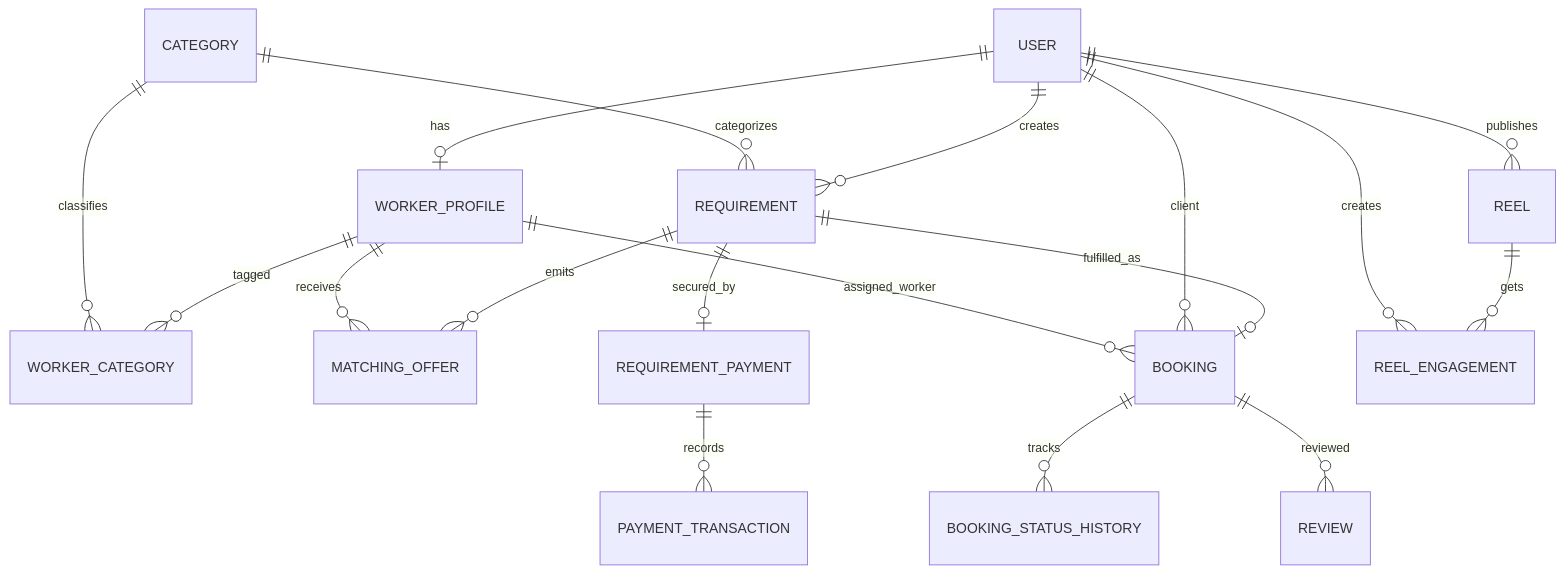
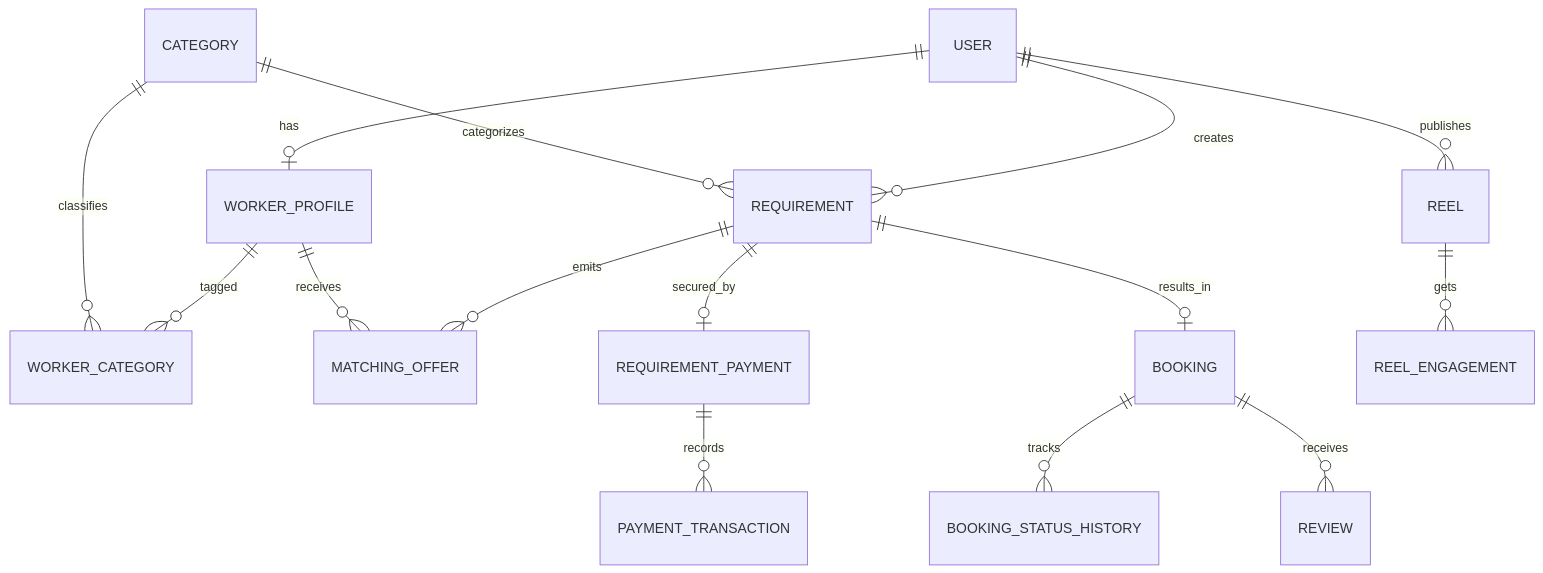
Before and after one commit to KL-Coders0103/Worko: the diagram in docs/architecture/phase-2-erd.md, drawn with Mermaid. The commit also changed other lines of this file, not shown here.

Commit message:
feat(phase-2): extend docs/architecture/phase-2-erd.md

````diff
--- a/docs/architecture/phase-2-erd.md
+++ b/docs/architecture/phase-2-erd.md
@@ -13,20 +3,17 @@
 ```mermaid
 erDiagram
   USER ||--o| WORKER_PROFILE : has
   USER ||--o{ REQUIREMENT : creates
   CATEGORY ||--o{ REQUIREMENT : categorizes
   WORKER_PROFILE ||--o{ WORKER_CATEGORY : tagged
   CATEGORY ||--o{ WORKER_CATEGORY : classifies
   REQUIREMENT ||--o{ MATCHING_OFFER : emits
   WORKER_PROFILE ||--o{ MATCHING_OFFER : receives
   REQUIREMENT ||--o| REQUIREMENT_PAYMENT : secured_by
-  REQUIREMENT ||--o| BOOKING : fulfilled_as
-  USER ||--o{ BOOKING : client
-  WORKER_PROFILE ||--o{ BOOKING : assigned_worker
+  REQUIREMENT ||--o| BOOKING : results_in
   BOOKING ||--o{ BOOKING_STATUS_HISTORY : tracks
   REQUIREMENT_PAYMENT ||--o{ PAYMENT_TRANSACTION : records
-  BOOKING ||--o{ REVIEW : reviewed
+  BOOKING ||--o{ REVIEW : receives
   USER ||--o{ REEL : publishes
   REEL ||--o{ REEL_ENGAGEMENT : gets
-  USER ||--o{ REEL_ENGAGEMENT : creates
 ```
````
